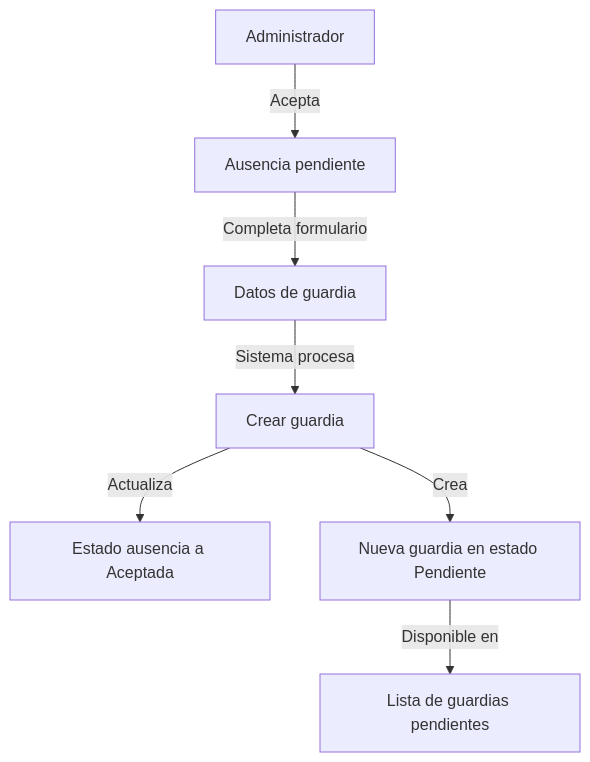
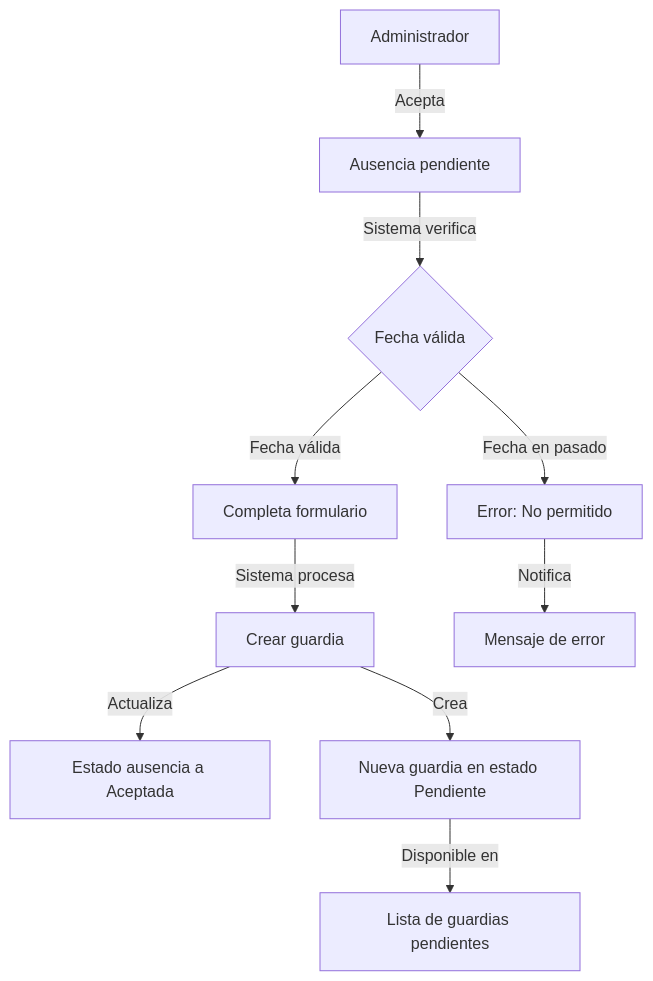
Before and after one commit to RGiskard7/gestion-guardias: diagram 11 of 22 in doc/DIAGRAMAS-FLUJO.md, drawn with Mermaid. The commit also changed other lines of this file and 6 other files, not shown here.

Commit message:
fix: Solucion error en la vista de las guardias en la vista semanal de la sala de guardias

````diff
--- a/doc/DIAGRAMAS-FLUJO.md
+++ b/doc/DIAGRAMAS-FLUJO.md
@@ -191,9 +193,12 @@
 ```mermaid
 flowchart TD
     A[Administrador] -->|Acepta| B[Ausencia pendiente]
-    B -->|Completa formulario| C[Datos de guardia]
-    C -->|Sistema procesa| D[Crear guardia]
-    D -->|Actualiza| E[Estado ausencia a Aceptada]
-    D -->|Crea| F[Nueva guardia en estado Pendiente]
-    F -->|Disponible en| G[Lista de guardias pendientes]
+    B -->|Sistema verifica| C{Fecha válida}
+    C -->|Fecha en pasado| D[Error: No permitido]
+    C -->|Fecha válida| E[Completa formulario]
+    E -->|Sistema procesa| F[Crear guardia]
+    F -->|Actualiza| G[Estado ausencia a Aceptada]
+    F -->|Crea| H[Nueva guardia en estado Pendiente]
+    H -->|Disponible en| I[Lista de guardias pendientes]
+    D -->|Notifica| J[Mensaje de error]
 ```
````
